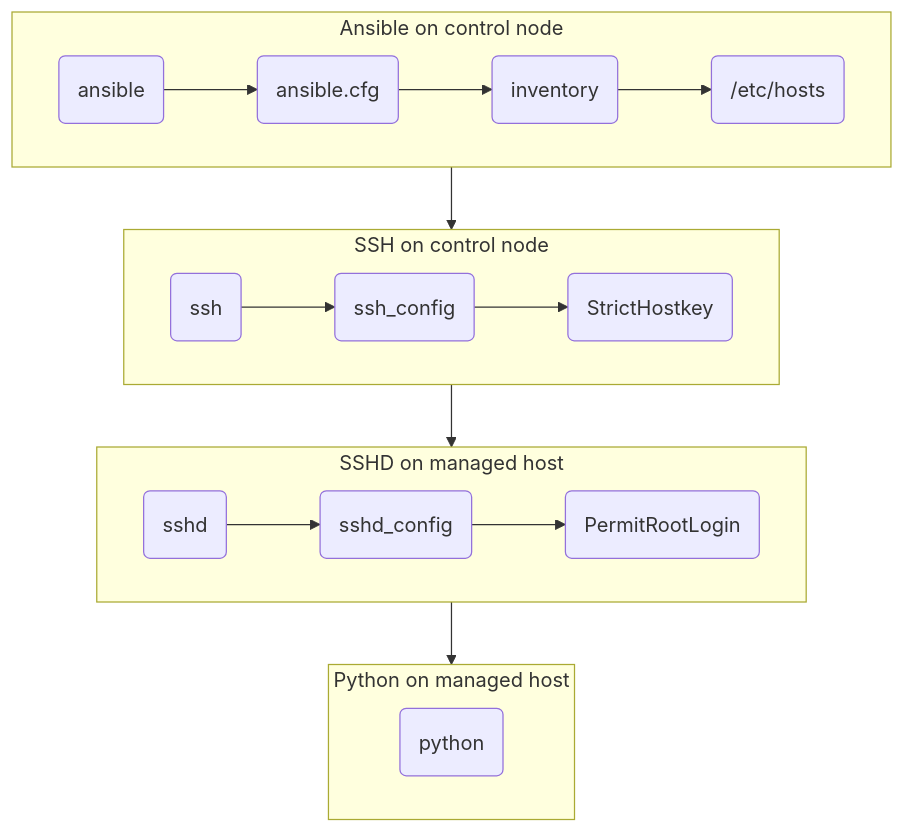
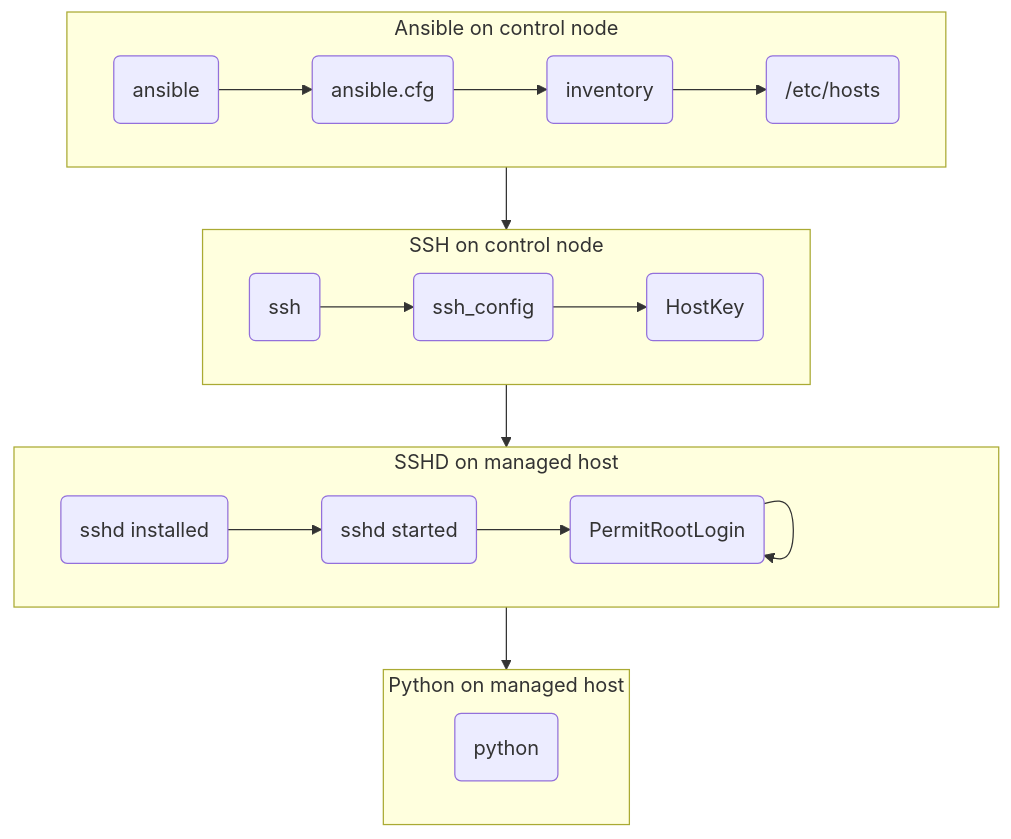
Before and after one commit to csurgay/ansible-training: the diagram in excercises/02_TroubleshootConfig/README.md, drawn with Mermaid. The commit also changed other lines of this file, not shown here.

````diff
--- a/excercises/02_TroubleshootConfig/README.md
+++ b/excercises/02_TroubleshootConfig/README.md
@@ -15,22 +15,22 @@
 ```mermaid
 flowchart TD
   subgraph id1[Ansible on control node]
     direction LR
     id11(ansible) --> id12(ansible.cfg) --> id13(inventory) --> id14(/etc/hosts)
   end
   subgraph id2[SSH on control node]
     direction LR
-    id21(ssh) --> id22(ssh_config) --> id23(StrictHostkey)
+    id21(ssh) --> id22(ssh_config) --> id23(HostKey)
   end
   subgraph id3[SSHD on managed host]
     direction LR
-    id31(sshd) --> id32(sshd_config) --> id33(PermitRootLogin)
+    id31(sshd installed) --> id32(sshd started) --> id33(sshd config) --> id33(PermitRootLogin)
   end
   subgraph id4[Python on managed host]
     direction LR
     id41(python)
   end
   id1 --> id2
   id2 --> id3
   id3 --> id4
 ```
````
